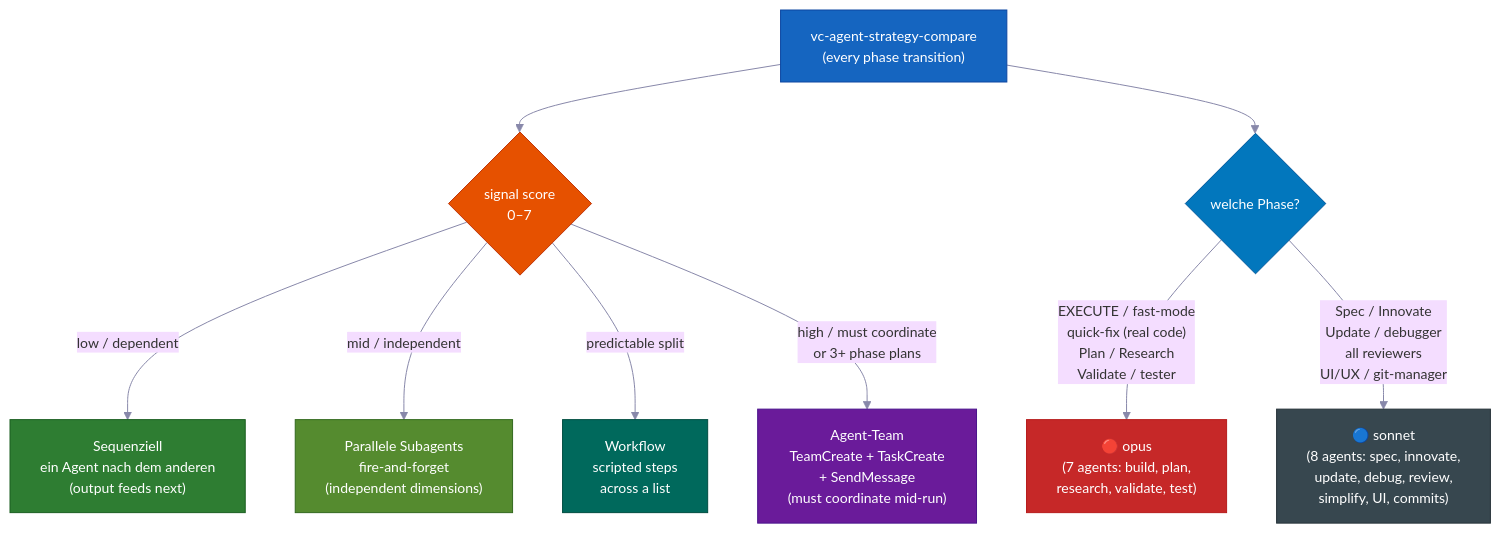
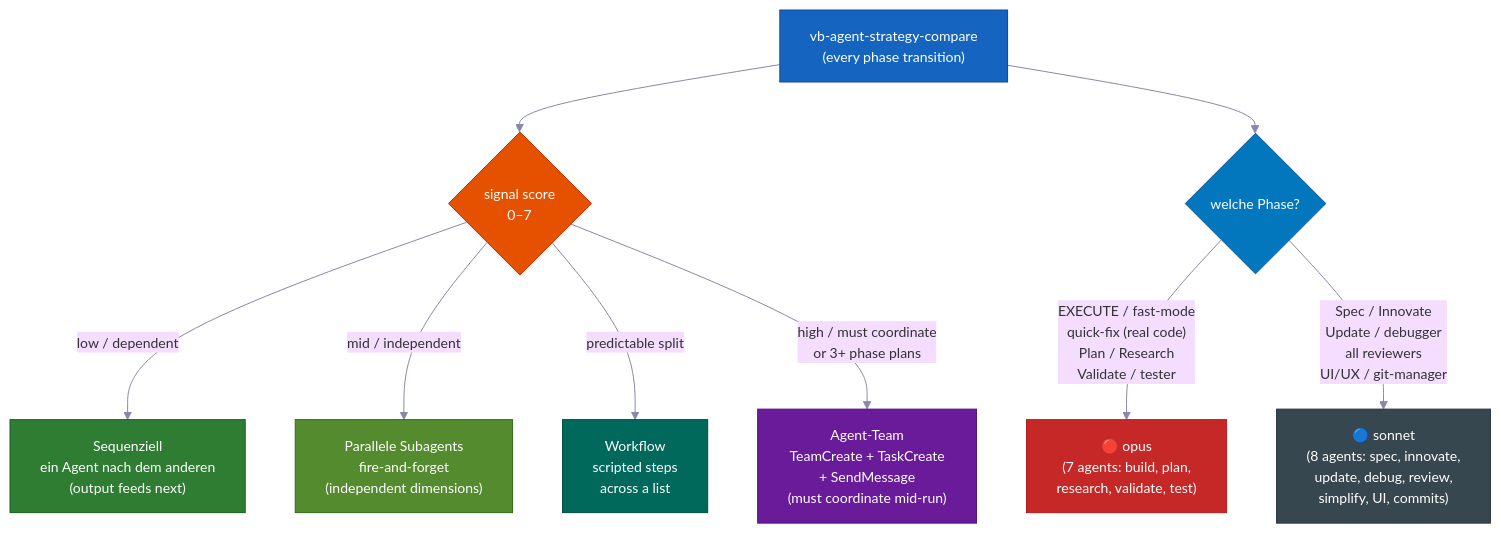
Before and after one commit to Tomwakeupat530amm/vibebelt-kit: the seventh of 14 diagrams in docs/i18n/README.de.md, drawn with Mermaid. The commit also changed other lines of this file and 646 other files, not shown here.

````diff
--- a/docs/i18n/README.de.md
+++ b/docs/i18n/README.de.md
@@ -844,32 +844,32 @@
 ```mermaid
 %%{init: {'theme': 'base', 'themeVariables': {'fontSize': '14px', 'lineColor': '#8888AA'}} }%%
 flowchart TD
-    SS["vc-agent-strategy-compare\n(every phase transition)"]
+    SS["vb-agent-strategy-compare\n(every phase transition)"]
     SC{"signal score\n0–7"}
     SEQ["Sequenziell\nein Agent nach dem anderen\n(output feeds next)"]
     PAR["Parallele Subagents\nfire-and-forget\n(independent dimensions)"]
     WF["Workflow\nscripted steps\nacross a list"]
     TEAM["Agent-Team\nTeamCreate + TaskCreate\n+ SendMessage\n(must coordinate mid-run)"]
     MC{"welche Phase?"}
     OPUS["🔴 opus\n(7 agents: build, plan,\nresearch, validate, test)"]
     SONNET["🔵 sonnet\n(8 agents: spec, innovate,\nupdate, debug, review,\nsimplify, UI, commits)"]
 
     SS --> SC
     SC -->|"low / dependent"| SEQ
     SC -->|"mid / independent"| PAR
     SC -->|"predictable split"| WF
     SC -->|"high / must coordinate\nor 3+ phase plans"| TEAM
     SS --> MC
     MC -->|"EXECUTE / fast-mode\nquick-fix (real code)\nPlan / Research\nValidate / tester"| OPUS
     MC -->|"Spec / Innovate\nUpdate / debugger\nall reviewers\nUI/UX / git-manager"| SONNET
 
     style SS fill:#1565C0,stroke:#0D47A1,color:#FFFFFF
     style SC fill:#E65100,stroke:#BF360C,color:#FFFFFF
     style SEQ fill:#2E7D32,stroke:#1B5E20,color:#FFFFFF
     style PAR fill:#558B2F,stroke:#33691E,color:#FFFFFF
     style WF fill:#00695C,stroke:#004D40,color:#FFFFFF
     style TEAM fill:#6A1B9A,stroke:#4A148C,color:#FFFFFF
     style MC fill:#0277BD,stroke:#01579B,color:#FFFFFF
     style OPUS fill:#C62828,stroke:#B71C1C,color:#FFFFFF
     style SONNET fill:#37474F,stroke:#263238,color:#FFFFFF
 ```
````
